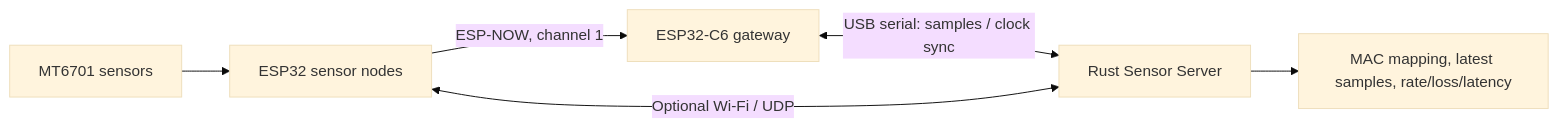
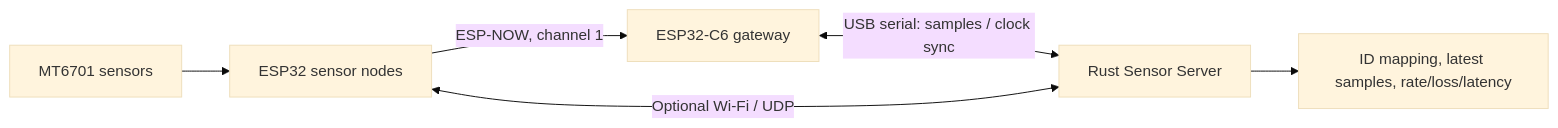
Before and after one commit to Neko-vecter/inverted-pendulum-sensor: the first of 5 diagrams in docs/architecture.md, drawn with Mermaid (base theme). The commit also changed other lines of this file and 16 other files, not shown here.

````diff
--- a/docs/architecture.md
+++ b/docs/architecture.md
@@ -7,8 +7,8 @@
 ```mermaid
 flowchart LR
     MT["MT6701 sensors"] --> Nodes["ESP32 sensor nodes"]
     Nodes -->|"ESP-NOW, channel 1"| Gateway["ESP32-C6 gateway"]
     Gateway <-->|"USB serial: samples / clock sync"| Server["Rust Sensor Server"]
     Nodes <-->|"Optional Wi-Fi / UDP"| Server
-    Server --> State["MAC mapping, latest samples, rate/loss/latency"]
+    Server --> State["ID mapping, latest samples, rate/loss/latency"]
 ```
````
